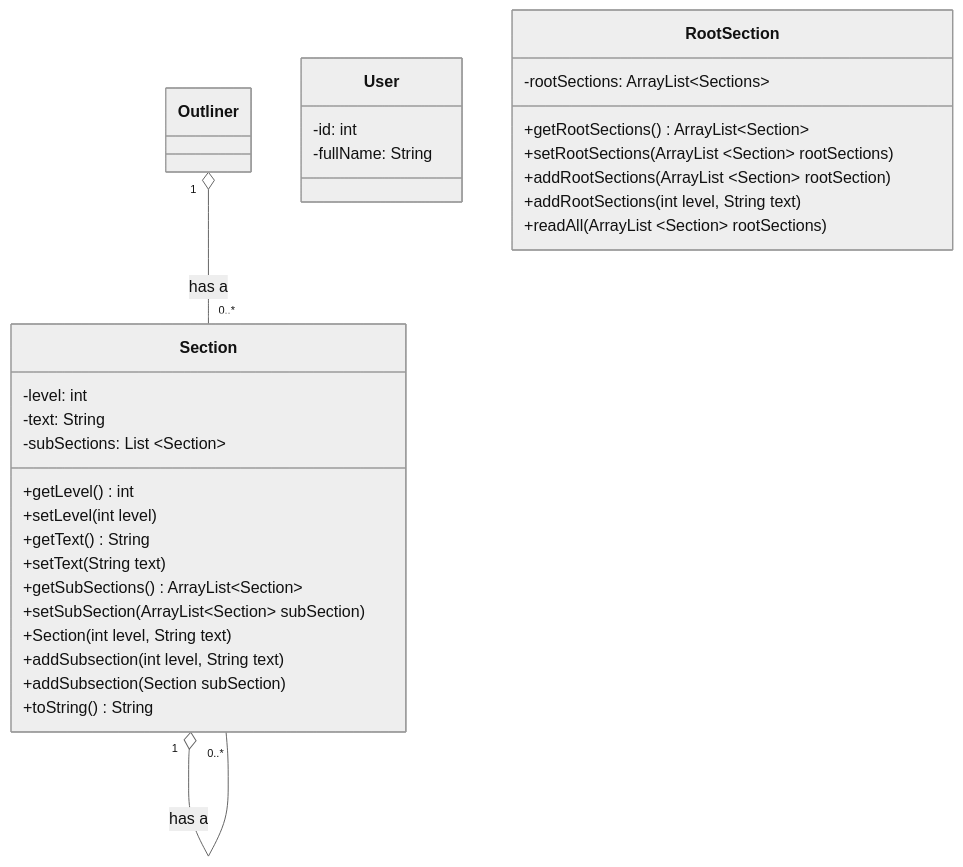
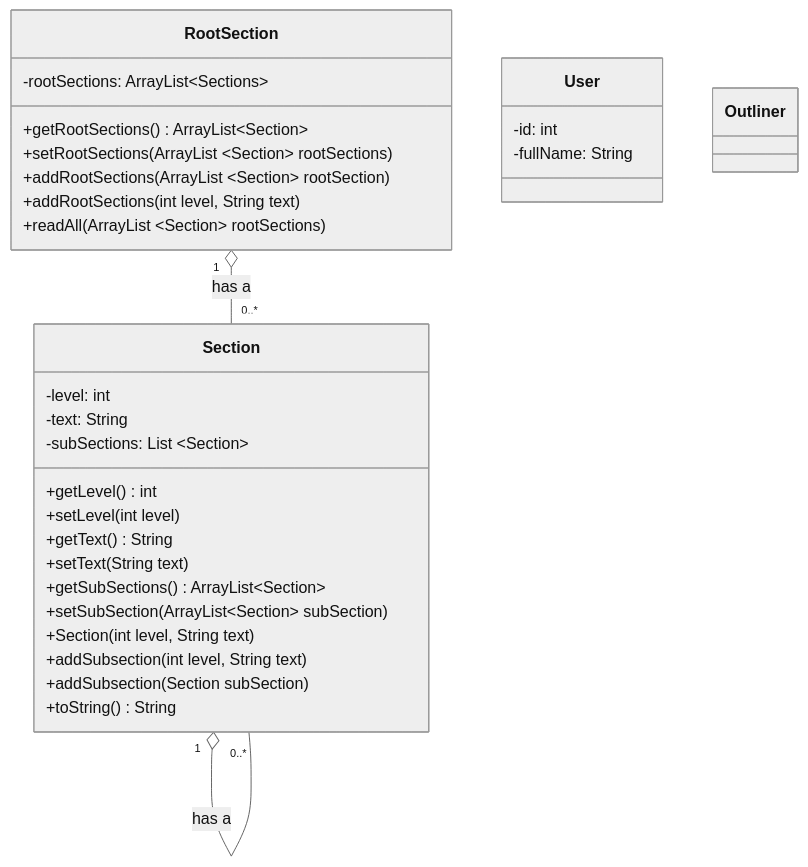
Before and after one commit to itsjihunpark/Microsoft-Word-Outliner-Clone: the diagram in docs/UMLTemplate.md, drawn with Mermaid (neutral theme).

````diff
--- a/docs/UMLTemplate.md
+++ b/docs/UMLTemplate.md
@@ -24,40 +24,40 @@
 ```mermaid
 classDiagram
-    Outliner "1" o-- "0..*" Section : has a 
+    RootSection "1" o-- "0..*" Section : has a 
     Section "1" o-- "0..*" Section : has a
 
     class User{
       -id: int
       -fullName: String
     }
 
     class Outliner{
     
     }
 
     class RootSection{
       -rootSections: ArrayList~Sections~
       +getRootSections() ArrayList~Section~
       +setRootSections(ArrayList ~Section~ rootSections) 
       +addRootSections(ArrayList ~Section~ rootSection)
       +addRootSections(int level, String text)
       +readAll(ArrayList ~Section~ rootSections)
       
     }
     class Section{
       -level: int
       -text: String
       -subSections: List ~Section~
       +getLevel() int
       +setLevel(int level)
       +getText() String
       +setText(String text)
       +getSubSections() ArrayList~Section~
       +setSubSection(ArrayList~Section~ subSection)
       +Section(int level, String text)
       +addSubsection(int level, String text)
       +addSubsection(Section subSection)
       +toString() String
     }
 
 ```
````
